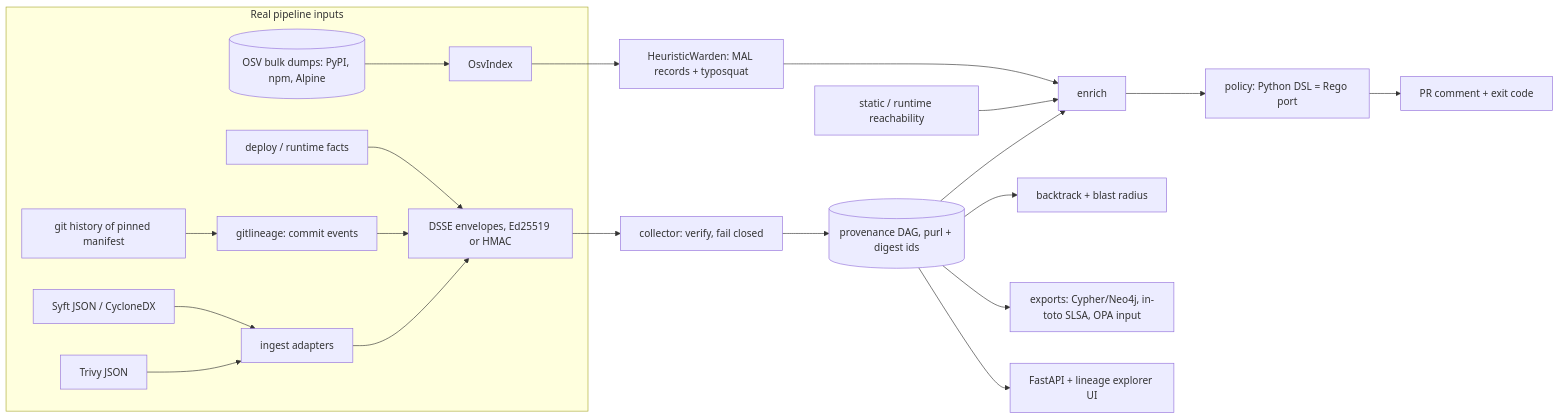
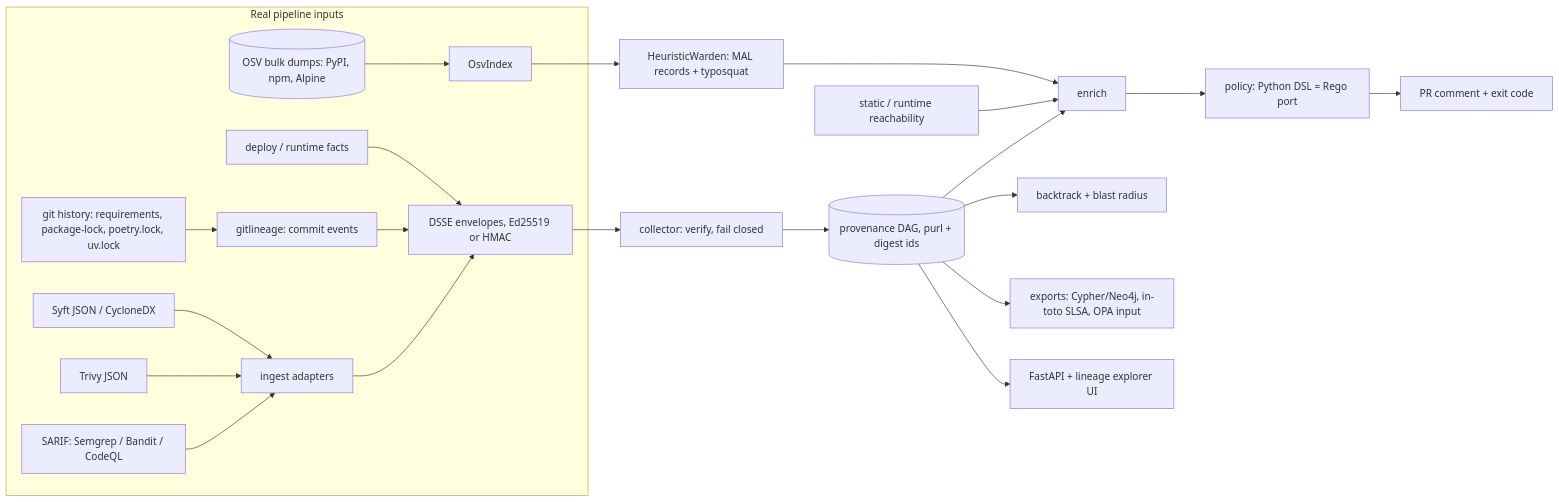
The diagram in README.md (rakshit-737/tracegate), drawn with Mermaid before and after one commit. The commit also changed 15 other files, not shown here.

Commit message:
docs: MkDocs Material site with static demo, deployed to GitHub Pages

````diff
--- a/README.md
+++ b/README.md
@@ -72,22 +72,23 @@
 ```mermaid
 flowchart LR
-  subgraph SRC[Real pipeline inputs]
-    GIT[git history of pinned manifest] --> LIN[gitlineage: commit events]
-    SY[Syft JSON / CycloneDX] --> ING[ingest adapters]
-    TV[Trivy JSON] --> ING
-    OSV[(OSV bulk dumps: PyPI, npm, Alpine)] --> IDX[OsvIndex]
-    DEP[deploy / runtime facts] --> ENV
+  subgraph SRC["Real pipeline inputs"]
+    GIT["git history: requirements, package-lock, poetry.lock, uv.lock"] --> LIN["gitlineage: commit events"]
+    SY["Syft JSON / CycloneDX"] --> ING["ingest adapters"]
+    TV["Trivy JSON"] --> ING
+    SA["SARIF: Semgrep / Bandit / CodeQL"] --> ING
+    OSV[("OSV bulk dumps: PyPI, npm, Alpine")] --> IDX["OsvIndex"]
+    DEP["deploy / runtime facts"] --> ENV
   end
-  LIN --> ENV[DSSE envelopes, Ed25519 or HMAC]
+  LIN --> ENV["DSSE envelopes, Ed25519 or HMAC"]
   ING --> ENV
-  ENV --> COL[collector: verify, fail closed]
-  COL --> G[(provenance DAG, purl + digest ids)]
-  IDX --> W[HeuristicWarden: MAL records + typosquat]
-  W --> EN[enrich]
-  RE[static / runtime reachability] --> EN
-  G --> EN --> POL[policy: Python DSL = Rego port]
-  POL --> OUT[PR comment + exit code]
-  G --> BT[backtrack + blast radius]
-  G --> EXP[exports: Cypher/Neo4j, in-toto SLSA, OPA input]
-  G --> API[FastAPI + lineage explorer UI]
+  ENV --> COL["collector: verify, fail closed"]
+  COL --> G[("provenance DAG, purl + digest ids")]
+  IDX --> W["HeuristicWarden: MAL records + typosquat"]
+  W --> EN["enrich"]
+  RE["static / runtime reachability"] --> EN
+  G --> EN --> POL["policy: Python DSL = Rego port"]
+  POL --> OUT["PR comment + exit code"]
+  G --> BT["backtrack + blast radius"]
+  G --> EXP["exports: Cypher/Neo4j, in-toto SLSA, OPA input"]
+  G --> API["FastAPI + lineage explorer UI"]
 ```
````
